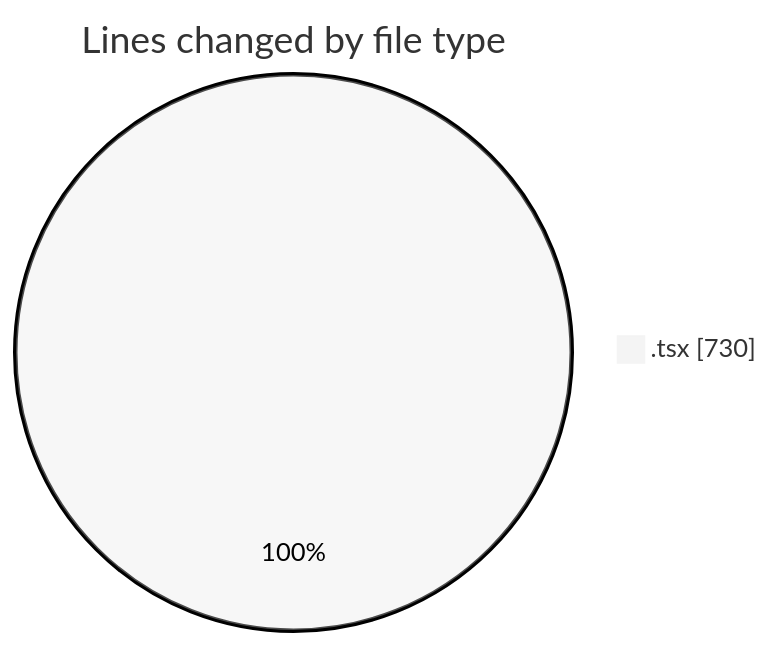
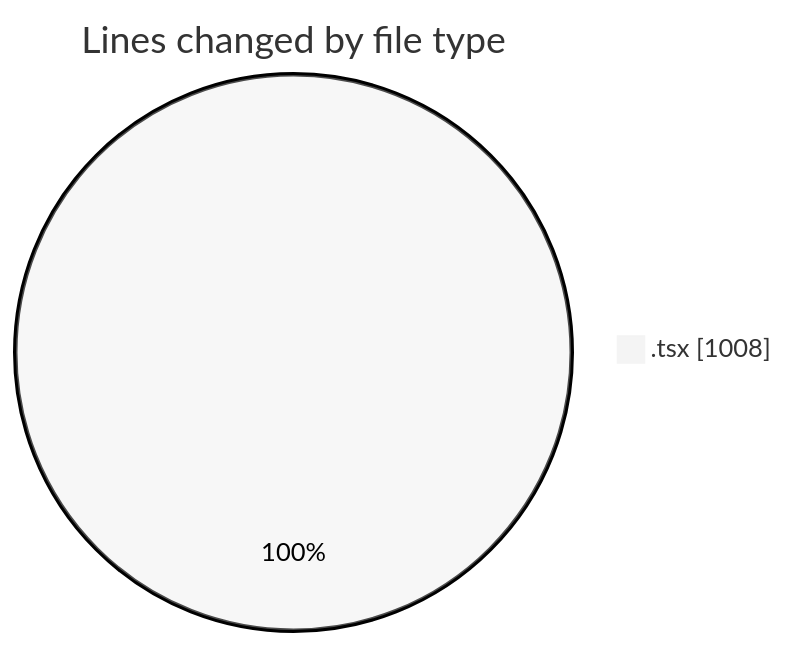
One commit to nxtqubesakshisongat/code-tracking changed the first of 2 diagrams in 2026-06-16/nxtqube_webapp/README.md. Above: the diagram before and after it, drawn with Mermaid (neutral theme). The commit also changed other lines of this file and 1 other file, not shown here.

````diff
--- a/2026-06-16/nxtqube_webapp/README.md
+++ b/2026-06-16/nxtqube_webapp/README.md
@@ -20,5 +21,5 @@
 ```mermaid
 pie showData
 title Lines changed by file type
-".tsx" : 730
+".tsx" : 1008
 ```
````
